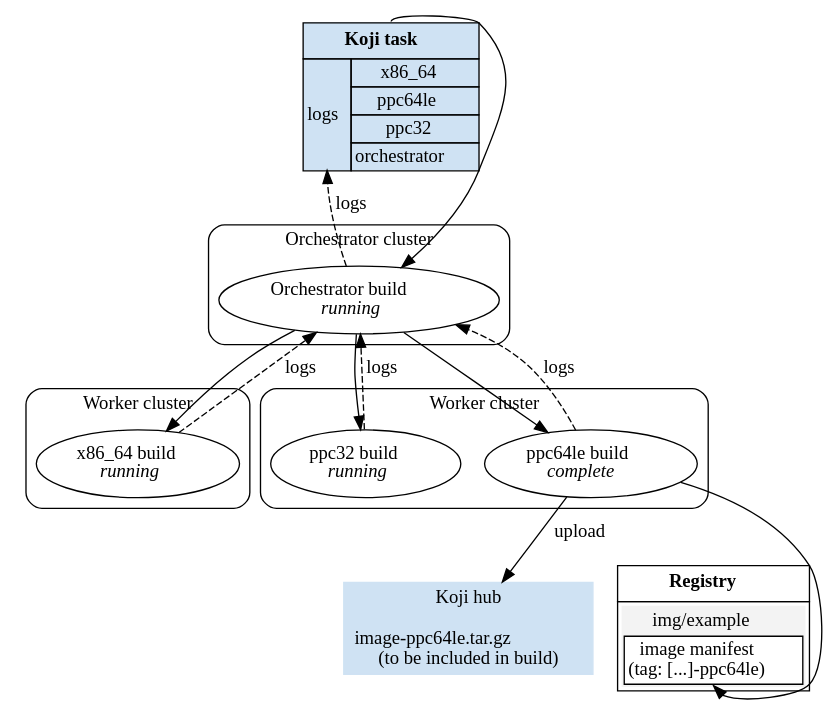
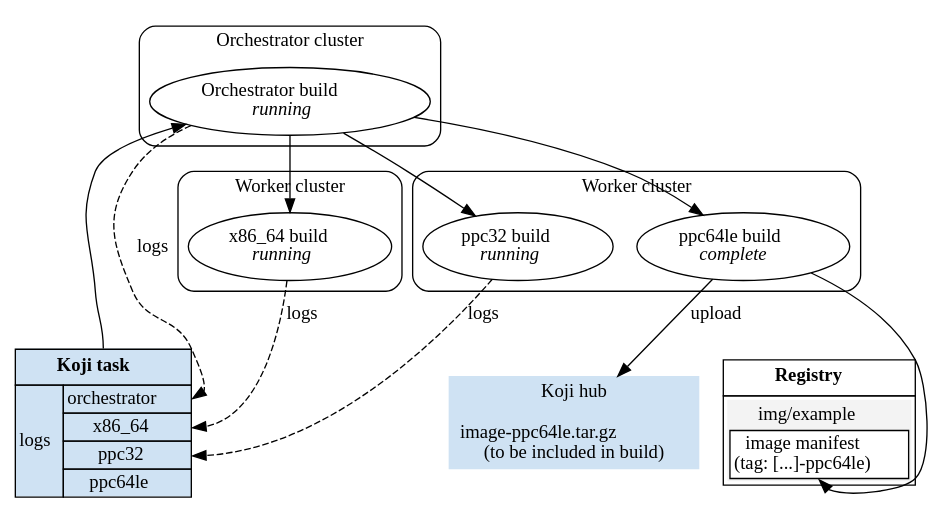
The diagram in docs/images/multi-during-build.dot (containerbuildsystem/osbs-docs), drawn with Graphviz before and after one commit. The commit also changed 2 other files, not shown here.

Commit message:
koji-containerbuild streams worker build logs

```diff
--- a/docs/images/multi-during-build.dot
+++ b/docs/images/multi-during-build.dot
@@ -1,52 +1,52 @@
 digraph G {
     koji_task [shape=none, margin=0, label=<
                <TABLE BGCOLOR="#cfe2f3" BORDER="0" CELLSPACING="0" CELLBORDER="1">
                  <TR><TD PORT="main" COLSPAN="2" CELLPADDING="5"><B>Koji task</B></TD></TR>
-                 <TR><TD PORT="logs" BORDER="1" ROWSPAN="4">logs</TD><TD>x86_64</TD></TR>
+                 <TR><TD BORDER="1" ROWSPAN="4">logs</TD><TD PORT="orchestrator">orchestrator</TD></TR>
+                 <TR><TD PORT="x86_64">x86_64</TD></TR>
+                 <TR><TD PORT="ppc32">ppc32</TD></TR>
                  <TR><TD PORT="ppc64le">ppc64le</TD></TR>
-                 <TR><TD>ppc32</TD></TR>
-                 <TR><TD>orchestrator</TD></TR>
                </TABLE>>];
 
     koji_hub [shape=box, style=filled, color="#cfe2f3",
               label="Koji hub\n\nimage-ppc64le.tar.gz\l(to be included in build)"];
 
     registry [shape=none, margin=0, label=<
               <TABLE BORDER="0" CELLSPACING="0" CELLBORDER="1">
                 <TR><TD CELLPADDING="5"><B>Registry</B></TD></TR>
                 <TR><TD><TABLE BGCOLOR="#f3f3f3" BORDER="0" CELLSPACING="2" CELLBORDER="1">
                           <TR><TD BORDER="0">img/example</TD></TR>
                           <TR><TD BGCOLOR="#ffffff" PORT="ppc64le">image manifest<BR/>(tag: [...]-ppc64le)</TD></TR>
                          </TABLE></TD></TR>
               </TABLE>>];
 
     subgraph cluster_orchestrator {
         style=rounded;
         label="Orchestrator cluster";
         orchestrator_build [label=<Orchestrator build<br/><i>running</i>>];
         orchestrator_build;
     }
 
     subgraph cluster_worker1 {
         style=rounded;
         label="Worker cluster";
         x86_64_build [label=<x86_64 build<br/><i>running</i>>];
     }
 
     subgraph cluster_worker2 {
         style=rounded;
         label="Worker cluster";
 
         ppc32_build [label=<ppc32 build<br/><i>running</i>>];
 
         ppc64le_build [label=<ppc64le build<br/><i>complete</i>>];
     }
 
     koji_task:main -> orchestrator_build;
-    orchestrator_build -> koji_task:logs [style=dashed, label=logs];
-    {x86_64_build, ppc64le_build, ppc32_build} ->
-        orchestrator_build [style=dashed, label=logs];
+    orchestrator_build -> koji_task:orchestrator:e [style=dashed, label=logs];
+    x86_64_build -> koji_task:x86_64:e [style=dashed, label=logs];
+    ppc32_build -> koji_task:ppc32:e [style=dashed, label=logs];
     orchestrator_build -> {x86_64_build ppc64le_build ppc32_build};
     ppc64le_build -> koji_hub [label=upload];
     ppc64le_build -> registry:ppc64le;
 }
```
